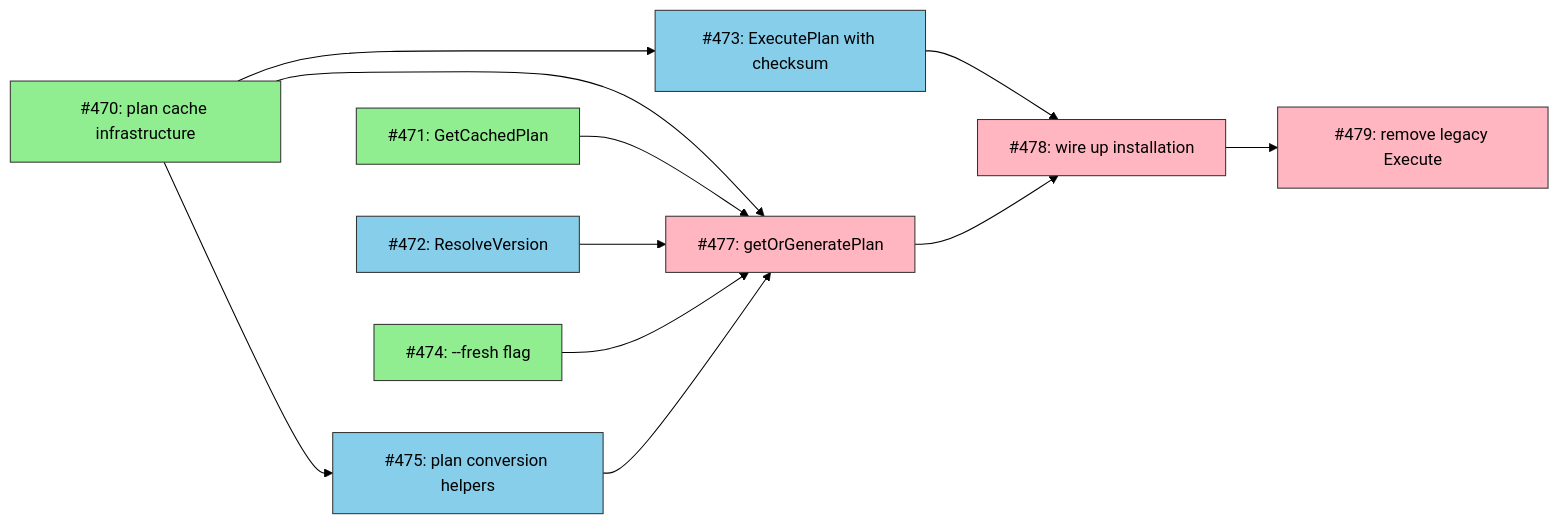
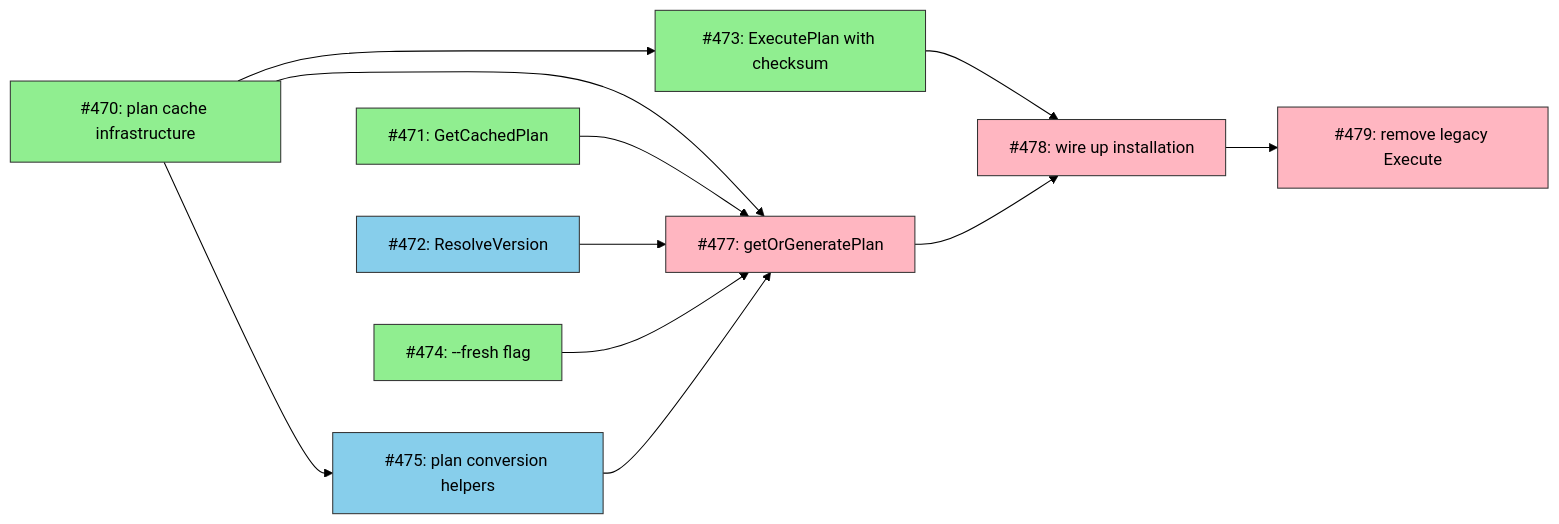
One commit to tsukumogami/tsuku changed the diagram in docs/DESIGN-deterministic-execution.md. Above: the diagram before and after it, drawn with Mermaid (forest theme). The commit also changed 2 other files, not shown here.

Commit message:
feat(executor): add ExecutePlan method with checksum verification (#484)
## Summary

- Add `ExecutePlan(ctx, plan)` method to execute installation plans with
checksum verification
- Add helper functions for checksum computation and download destination
resolution
- Return `ChecksumMismatchError` with tool/version context for
user-friendly recovery

Fixes #473

````diff
--- a/docs/DESIGN-deterministic-execution.md
+++ b/docs/DESIGN-deterministic-execution.md
@@ -27,17 +27,17 @@
 ```mermaid
 graph LR
     classDef done fill:#90EE90,stroke:#333
     classDef ready fill:#87CEEB,stroke:#333
     classDef blocked fill:#FFB6C1,stroke:#333
 
-    I470[#470: plan cache infrastructure]:::done --> I473[#473: ExecutePlan with checksum]:::ready
+    I470[#470: plan cache infrastructure]:::done --> I473[#473: ExecutePlan with checksum]:::done
     I470 --> I475[#475: plan conversion helpers]:::ready
     I470 --> I477[#477: getOrGeneratePlan]:::blocked
     I471[#471: GetCachedPlan]:::done --> I477
     I472[#472: ResolveVersion]:::ready --> I477
     I474[#474: --fresh flag]:::done --> I477
     I475 --> I477
     I473 --> I478[#478: wire up installation]:::blocked
     I477 --> I478
     I478 --> I479[#479: remove legacy Execute]:::blocked
 ```
````
